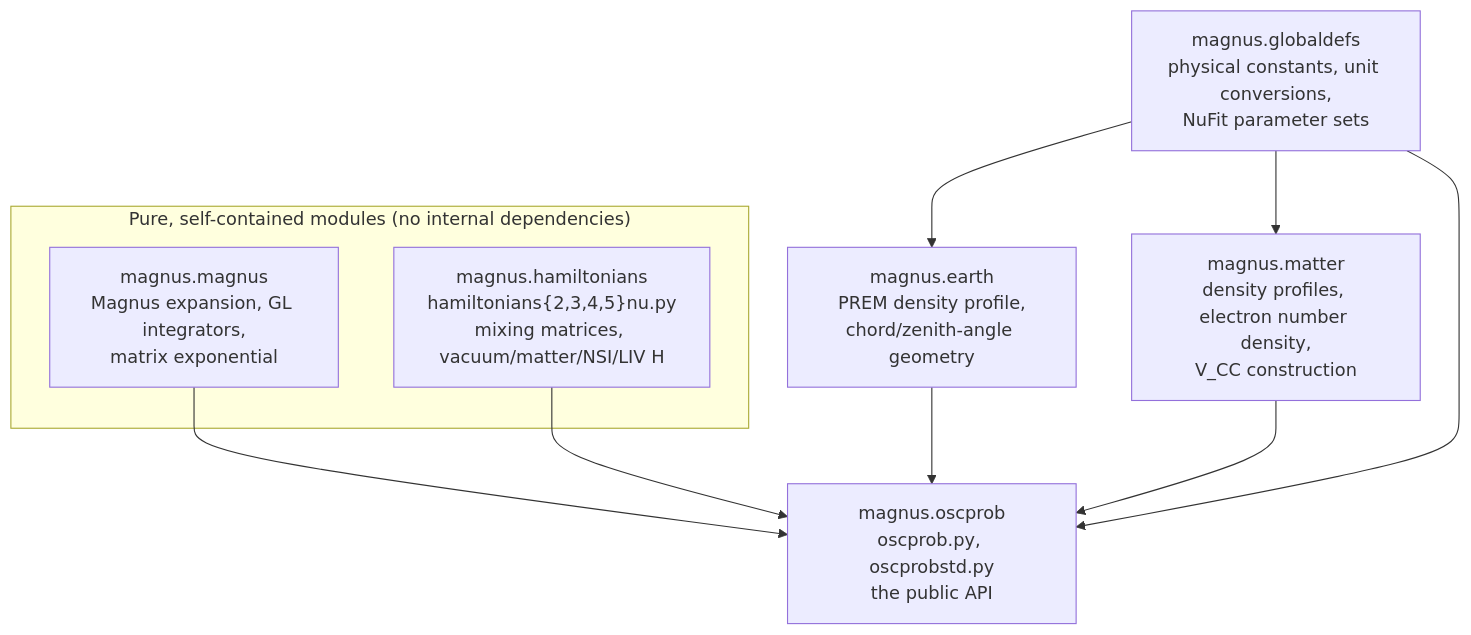
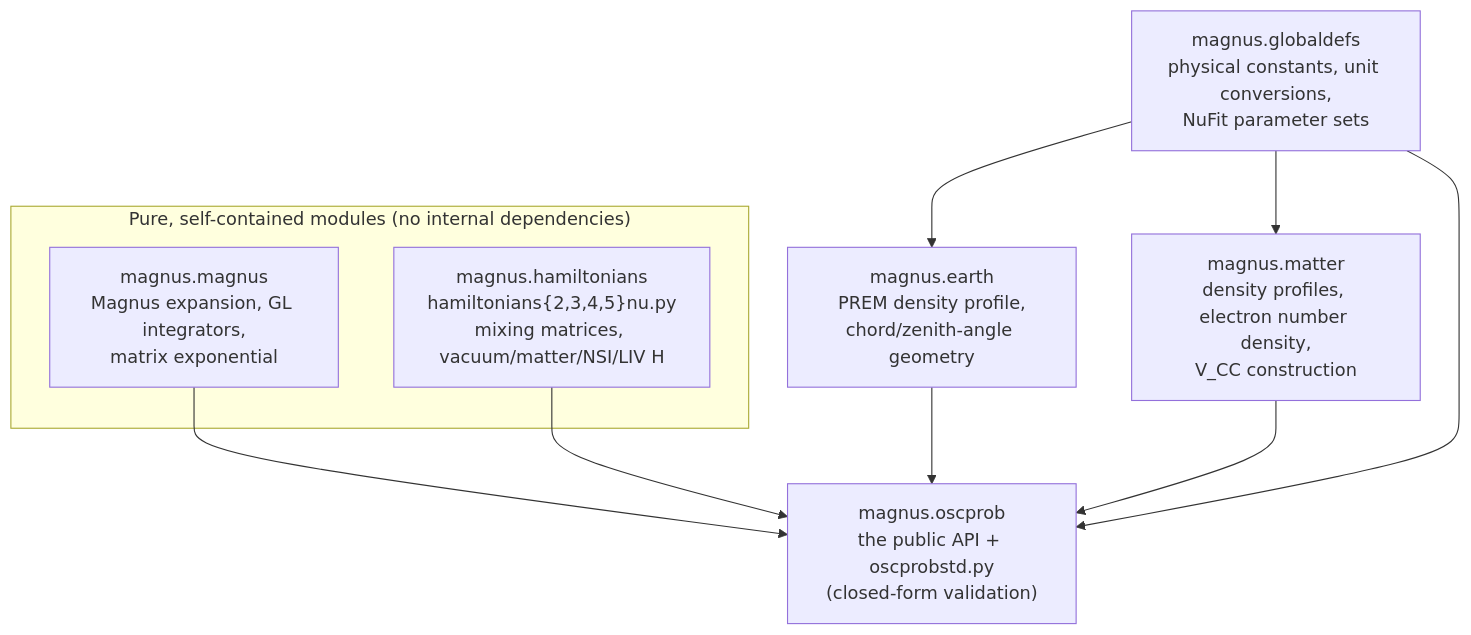
Before and after one commit to mbustama/Magnus: the first of 3 diagrams in docs/source/architecture.rst, drawn with Mermaid. The commit also changed other lines of this file and 25 other files, not shown here.

```diff
--- a/docs/source/architecture.rst
+++ b/docs/source/architecture.rst
@@ -17,19 +17,19 @@
 .. mermaid::
 
    flowchart TD
        subgraph pure["Pure, self-contained modules (no internal dependencies)"]
            magnuscore["magnus.magnus<br/>Magnus expansion, GL integrators,<br/>matrix exponential"]
            ham["magnus.hamiltonians<br/>hamiltonians{2,3,4,5}nu.py<br/>mixing matrices, vacuum/matter/NSI/LIV H"]
        end
        gd["magnus.globaldefs<br/>physical constants, unit conversions,<br/>NuFit parameter sets"]
        earth["magnus.earth<br/>PREM density profile,<br/>chord/zenith-angle geometry"]
        matter["magnus.matter<br/>density profiles, electron number density,<br/>V_CC construction"]
-       osc["magnus.oscprob<br/>oscprob.py, oscprobstd.py<br/>the public API"]
+       osc["magnus.oscprob<br/>the public API + oscprobstd.py<br/>(closed-form validation)"]
 
        gd --> earth
        gd --> matter
        magnuscore --> osc
        ham --> osc
        earth --> osc
        matter --> osc
        gd --> osc
```
